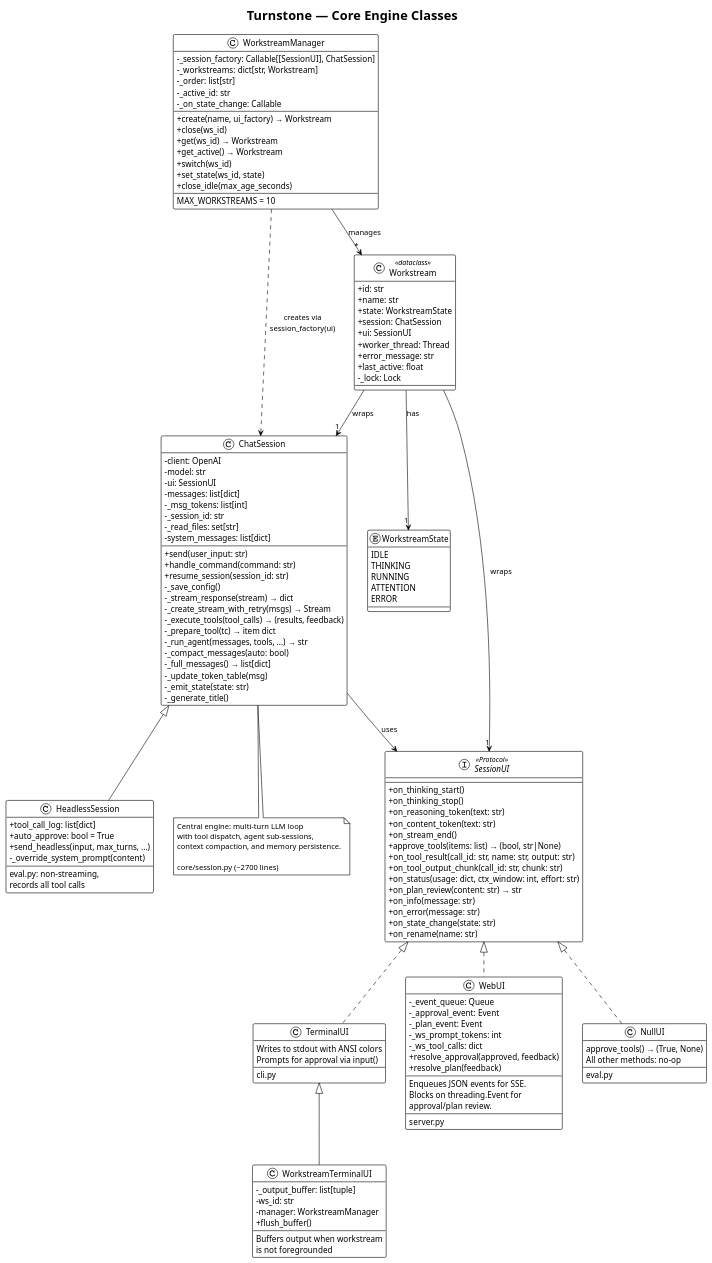
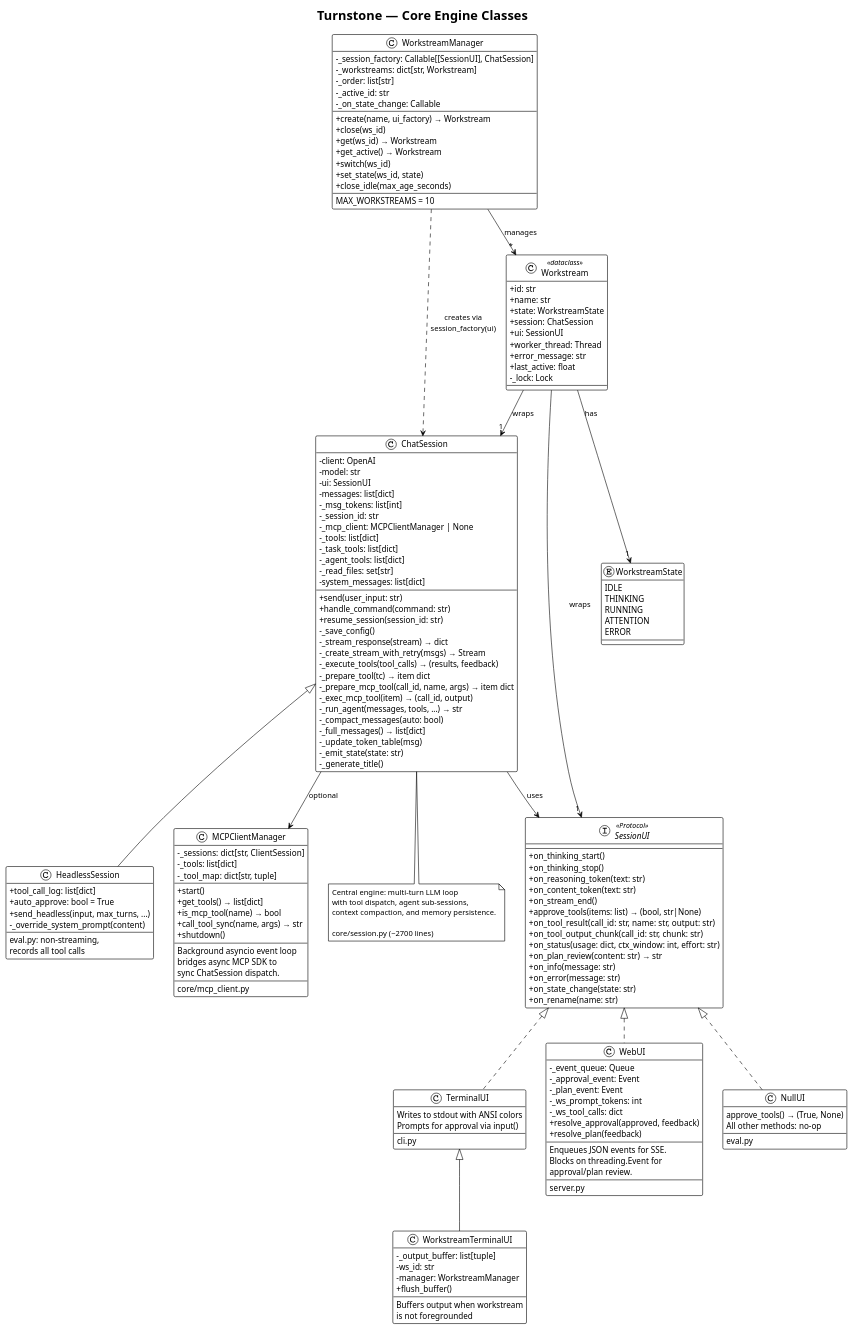
The diagram in docs/diagrams/03-core-engine-classes.puml (turnstonelabs/turnstone), drawn with PlantUML before and after one commit. The commit also changed 16 other files, not shown here.

First line of the commit message:
Add MCP client support for external tool servers

```diff
--- a/docs/diagrams/03-core-engine-classes.puml
+++ b/docs/diagrams/03-core-engine-classes.puml
@@ -1,169 +1,195 @@
 @startuml
 !theme plain
 title Turnstone — Core Engine Classes
 
 skinparam classAttributeIconSize 0
 
 ' SessionUI Protocol
 interface "SessionUI" as SessionUI <<Protocol>> {
     + on_thinking_start()
     + on_thinking_stop()
     + on_reasoning_token(text: str)
     + on_content_token(text: str)
     + on_stream_end()
     + approve_tools(items: list) → (bool, str|None)
     + on_tool_result(call_id: str, name: str, output: str)
     + on_tool_output_chunk(call_id: str, chunk: str)
     + on_status(usage: dict, ctx_window: int, effort: str)
     + on_plan_review(content: str) → str
     + on_info(message: str)
     + on_error(message: str)
     + on_state_change(state: str)
     + on_rename(name: str)
 }
 
 ' Implementations
 class "TerminalUI" as TerminalUI {
     Writes to stdout with ANSI colors
     Prompts for approval via input()
     --
     cli.py
 }
 
 class "WorkstreamTerminalUI" as WsTermUI {
     - _output_buffer: list[tuple]
     - ws_id: str
     - manager: WorkstreamManager
     + flush_buffer()
     --
     Buffers output when workstream
     is not foregrounded
 }
 
 class "WebUI" as WebUI {
     - _event_queue: Queue
     - _approval_event: Event
     - _plan_event: Event
     - _ws_prompt_tokens: int
     - _ws_tool_calls: dict
     + resolve_approval(approved, feedback)
     + resolve_plan(feedback)
     --
     Enqueues JSON events for SSE.
     Blocks on threading.Event for
     approval/plan review.
     --
     server.py
 }
 
 class "NullUI" as NullUI {
     approve_tools() → (True, None)
     All other methods: no-op
     --
     eval.py
 }
 
 ' ChatSession
 class "ChatSession" as ChatSession {
     - client: OpenAI
     - model: str
     - ui: SessionUI
     - messages: list[dict]
     - _msg_tokens: list[int]
     - _session_id: str
+    - _mcp_client: MCPClientManager | None
+    - _tools: list[dict]
+    - _task_tools: list[dict]
+    - _agent_tools: list[dict]
     - _read_files: set[str]
     - system_messages: list[dict]
     --
     + send(user_input: str)
     + handle_command(command: str)
     + resume_session(session_id: str)
     - _save_config()
     - _stream_response(stream) → dict
     - _create_stream_with_retry(msgs) → Stream
     - _execute_tools(tool_calls) → (results, feedback)
     - _prepare_tool(tc) → item dict
+    - _prepare_mcp_tool(call_id, name, args) → item dict
+    - _exec_mcp_tool(item) → (call_id, output)
     - _run_agent(messages, tools, ...) → str
     - _compact_messages(auto: bool)
     - _full_messages() → list[dict]
     - _update_token_table(msg)
     - _emit_state(state: str)
     - _generate_title()
 }
 
 ' HeadlessSession
 class "HeadlessSession" as HeadlessSession {
     + tool_call_log: list[dict]
     + auto_approve: bool = True
     + send_headless(input, max_turns, ...)
     - _override_system_prompt(content)
     --
     eval.py: non-streaming,
     records all tool calls
 }
 
 ' WorkstreamManager
 class "WorkstreamManager" as WsMgr {
     - _session_factory: Callable[[SessionUI], ChatSession]
     - _workstreams: dict[str, Workstream]
     - _order: list[str]
     - _active_id: str
     - _on_state_change: Callable
     --
     + create(name, ui_factory) → Workstream
     + close(ws_id)
     + get(ws_id) → Workstream
     + get_active() → Workstream
     + switch(ws_id)
     + set_state(ws_id, state)
     + close_idle(max_age_seconds)
     --
     MAX_WORKSTREAMS = 10
 }
 
 ' Workstream
 class "Workstream" as Ws <<dataclass>> {
     + id: str
     + name: str
     + state: WorkstreamState
     + session: ChatSession
     + ui: SessionUI
     + worker_thread: Thread
     + error_message: str
     + last_active: float
     - _lock: Lock
 }
 
 ' WorkstreamState
 enum "WorkstreamState" as WsState {
     IDLE
     THINKING
     RUNNING
     ATTENTION
     ERROR
 }
 
+' MCPClientManager
+class "MCPClientManager" as MCPMgr {
+    - _sessions: dict[str, ClientSession]
+    - _tools: list[dict]
+    - _tool_map: dict[str, tuple]
+    --
+    + start()
+    + get_tools() → list[dict]
+    + is_mcp_tool(name) → bool
+    + call_tool_sync(name, args) → str
+    + shutdown()
+    --
+    Background asyncio event loop
+    bridges async MCP SDK to
+    sync ChatSession dispatch.
+    --
+    core/mcp_client.py
+}
+
 ' Relationships
 SessionUI <|.. TerminalUI
 TerminalUI <|-- WsTermUI
 SessionUI <|.. WebUI
 SessionUI <|.. NullUI
 
 ChatSession --> SessionUI : uses
+ChatSession --> MCPMgr : optional
 ChatSession <|-- HeadlessSession
 
 WsMgr --> "*" Ws : manages
 Ws --> "1" ChatSession : wraps
 Ws --> "1" SessionUI : wraps
 Ws --> "1" WsState : has
 
 WsMgr ..> ChatSession : creates via\nsession_factory(ui)
 
 note bottom of ChatSession
   Central engine: multi-turn LLM loop
   with tool dispatch, agent sub-sessions,
   context compaction, and memory persistence.
 
   core/session.py (~2700 lines)
 end note
 
 @enduml
```
